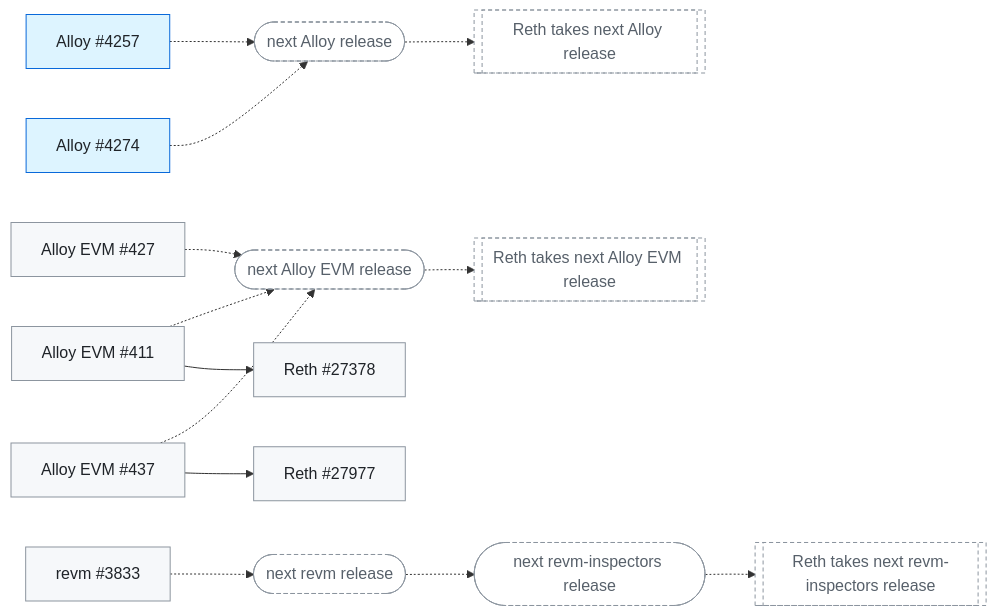
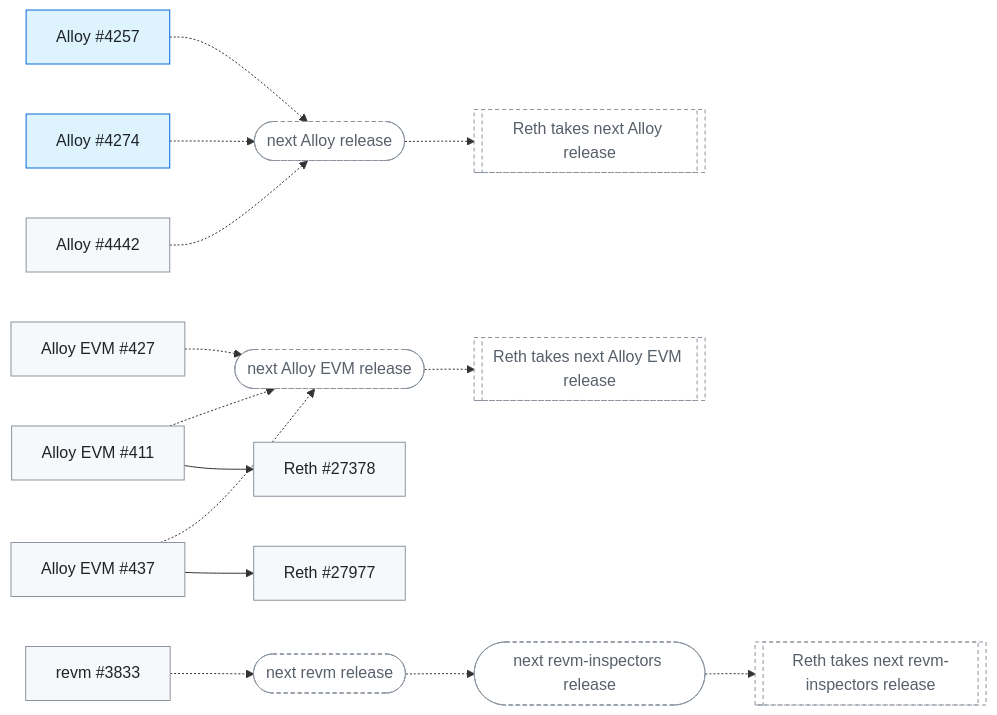
Before and after one commit to banteg/trace-interop: the diagram in docs/client-fixes.md, drawn with Mermaid. The commit also changed other lines of this file and 17 other files, not shown here.

````diff
--- a/docs/client-fixes.md
+++ b/docs/client-fixes.md
@@ -151,33 +152,35 @@
 ```mermaid
 flowchart LR
   Alloy_4257["Alloy #4257"]:::merged
   next_Alloy_release(["next Alloy release"]):::pending
   Reth_takes_next_Alloy_release[["Reth takes next Alloy release"]]:::pending
   Alloy_4274["Alloy #4274"]:::merged
+  Alloy_4442["Alloy #4442"]:::open
   Alloy_EVM_411["Alloy EVM #411"]:::open
   next_Alloy_EVM_release(["next Alloy EVM release"]):::pending
   Reth_takes_next_Alloy_EVM_release[["Reth takes next Alloy EVM release"]]:::pending
   Alloy_EVM_427["Alloy EVM #427"]:::open
   Alloy_EVM_437["Alloy EVM #437"]:::open
   Reth_27378["Reth #27378"]:::open
   Reth_27977["Reth #27977"]:::open
   revm_3833["revm #3833"]:::open
   next_revm_release(["next revm release"]):::pending
   next_revm_inspectors_release(["next revm-inspectors release"]):::pending
   Reth_takes_next_revm_inspectors_release[["Reth takes next revm-inspectors release"]]:::pending
   Alloy_4257 -.-> next_Alloy_release
   next_Alloy_release -.-> Reth_takes_next_Alloy_release
   Alloy_4274 -.-> next_Alloy_release
+  Alloy_4442 -.-> next_Alloy_release
   Alloy_EVM_411 -.-> next_Alloy_EVM_release
   next_Alloy_EVM_release -.-> Reth_takes_next_Alloy_EVM_release
   Alloy_EVM_427 -.-> next_Alloy_EVM_release
   Alloy_EVM_437 -.-> next_Alloy_EVM_release
   Alloy_EVM_411 --> Reth_27378
   Alloy_EVM_437 --> Reth_27977
   revm_3833 -.-> next_revm_release
   next_revm_release -.-> next_revm_inspectors_release
   next_revm_inspectors_release -.-> Reth_takes_next_revm_inspectors_release
   classDef open fill:#f6f8fa,stroke:#8c959f,color:#1f2328
   classDef merged fill:#ddf4ff,stroke:#0969da,color:#1f2328
   classDef pending fill:#ffffff,stroke:#8c959f,stroke-dasharray:4 3,color:#57606a
 ```
````
